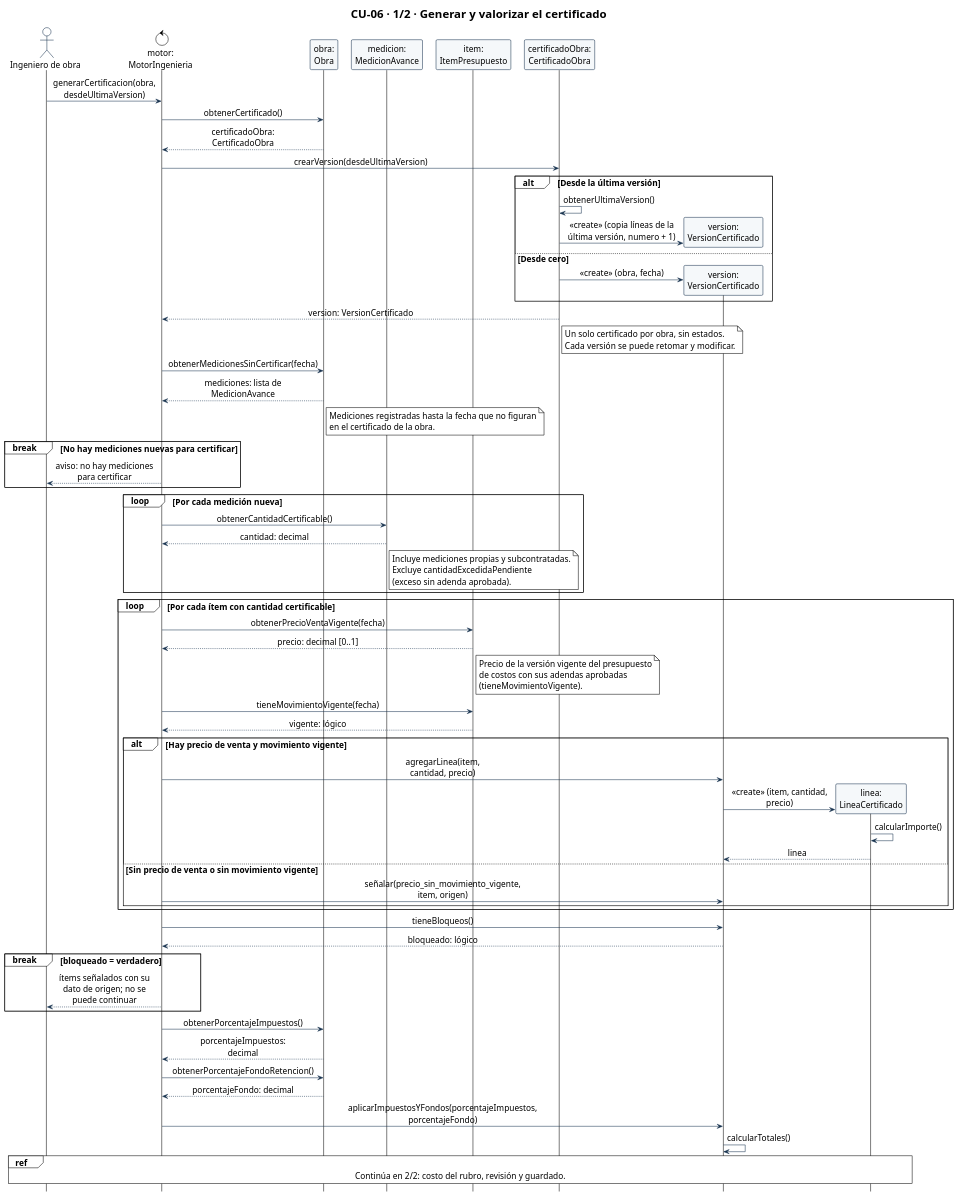
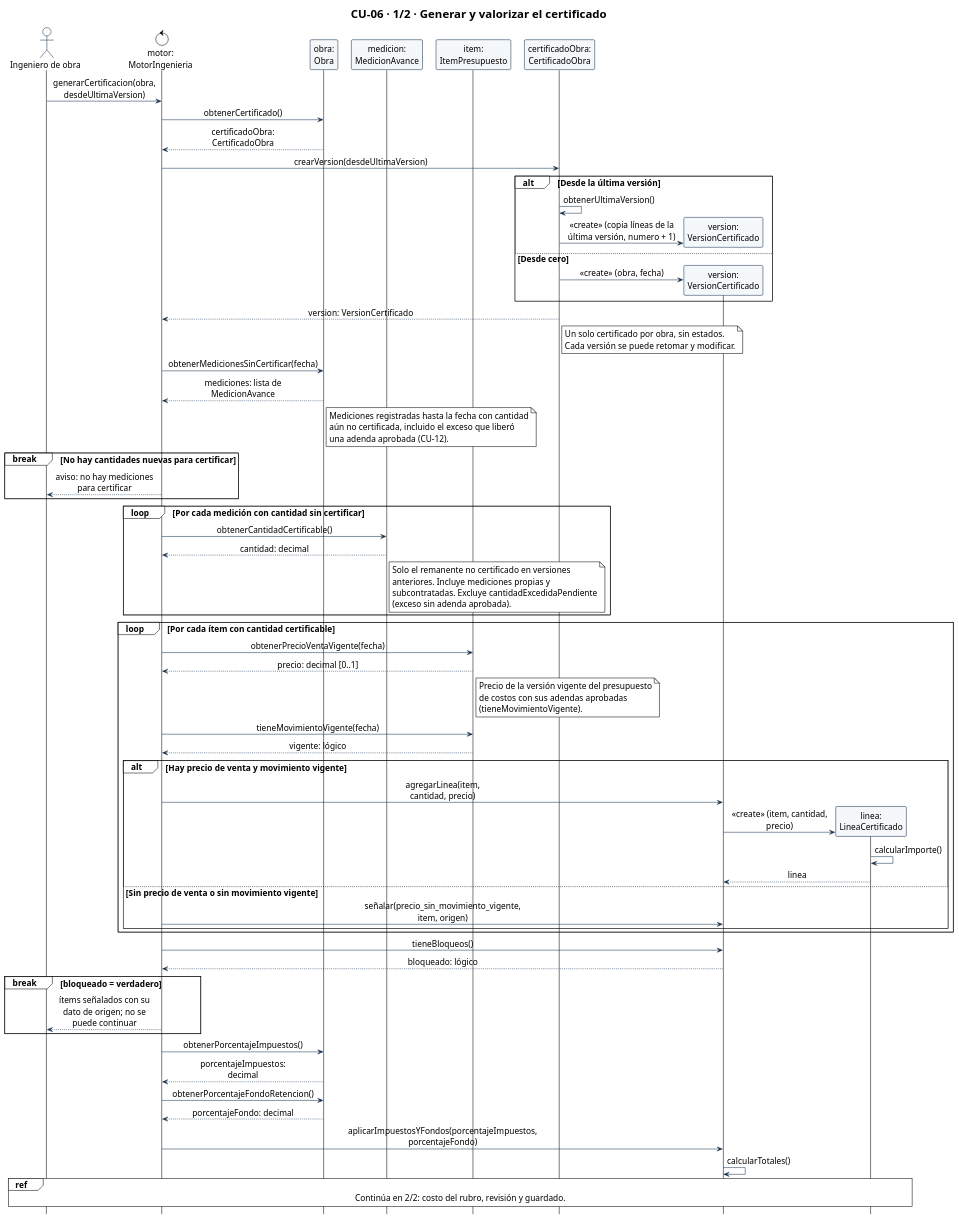
One commit to Ssrrb/tpf-uca changed the diagram in diagramas/CU-06-secuencia-1-certificacion.puml. Above: the diagram before and after it, drawn with PlantUML. The commit also changed 2 other files, not shown here.

Commit message:
Corrige la revisión: participantes implícitos y cantidades en CU-06/CU-12
- check_consistencia: un alias sin declarar en un mensaje es un
  participante implícito y cae en E1 (antes se ignoraba como actor).
- CU-12: el saldo de la adenda se descuenta tras cada liberación.
- CU-06: se certifican las mediciones con remanente sin certificar,
  incluido el exceso liberado por una adenda (CU-12).

Claude-Session: https://claude.ai/code/session_01VvrRWjoehNw7NRH2BQHzwt

```diff
--- a/diagramas/CU-06-secuencia-1-certificacion.puml
+++ b/diagramas/CU-06-secuencia-1-certificacion.puml
@@ -1,100 +1,102 @@
 @startuml
 !theme plain
 skinparam shadowing false
 skinparam defaultFontName Arial
 skinparam defaultFontSize 16
 skinparam sequenceMessageAlign center
 skinparam maxMessageSize 210
 skinparam ParticipantPadding 8
 skinparam ParticipantBackgroundColor #F5F8FA
 skinparam ParticipantBorderColor #17324D
 skinparam ActorBorderColor #17324D
 skinparam ArrowColor #17324D
 hide footbox
 title CU-06 · 1/2 · Generar y valorizar el certificado
 actor "Ingeniero de obra" as Ingeniero
 control "motor:\nMotorIngenieria" as Motor
 participant "obra:\nObra" as Obra
 participant "medicion:\nMedicionAvance" as Medicion
 participant "item:\nItemPresupuesto" as Item
 participant "certificadoObra:\nCertificadoObra" as CertObra
 participant "version:\nVersionCertificado" as Certificado
 participant "linea:\nLineaCertificado" as Linea
 
 Ingeniero -> Motor: generarCertificacion(obra, desdeUltimaVersion)
 Motor -> Obra: obtenerCertificado()
 Obra --> Motor: certificadoObra: CertificadoObra
 Motor -> CertObra: crearVersion(desdeUltimaVersion)
 alt Desde la última versión
   CertObra -> CertObra: obtenerUltimaVersion()
   create Certificado
   CertObra -> Certificado: «create» (copia líneas de la última versión, numero + 1)
 else Desde cero
   create Certificado
   CertObra -> Certificado: «create» (obra, fecha)
 end
 CertObra --> Motor: version: VersionCertificado
 note right of CertObra
   Un solo certificado por obra, sin estados.
   Cada versión se puede retomar y modificar.
 end note
 
 Motor -> Obra: obtenerMedicionesSinCertificar(fecha)
 Obra --> Motor: mediciones: lista de MedicionAvance
 note right of Obra
-  Mediciones registradas hasta la fecha que no figuran
-  en el certificado de la obra.
+  Mediciones registradas hasta la fecha con cantidad
+  aún no certificada, incluido el exceso que liberó
+  una adenda aprobada (CU-12).
 end note
 
-break No hay mediciones nuevas para certificar
+break No hay cantidades nuevas para certificar
   Motor --> Ingeniero: aviso: no hay mediciones para certificar
 end
 
-loop Por cada medición nueva
+loop Por cada medición con cantidad sin certificar
   Motor -> Medicion: obtenerCantidadCertificable()
   Medicion --> Motor: cantidad: decimal
   note right of Medicion
-    Incluye mediciones propias y subcontratadas.
-    Excluye cantidadExcedidaPendiente
+    Solo el remanente no certificado en versiones
+    anteriores. Incluye mediciones propias y
+    subcontratadas. Excluye cantidadExcedidaPendiente
     (exceso sin adenda aprobada).
   end note
 end
 
 loop Por cada ítem con cantidad certificable
   Motor -> Item: obtenerPrecioVentaVigente(fecha)
   Item --> Motor: precio: decimal [0..1]
   note right of Item
     Precio de la versión vigente del presupuesto
     de costos con sus adendas aprobadas
     (tieneMovimientoVigente).
   end note
   Motor -> Item: tieneMovimientoVigente(fecha)
   Item --> Motor: vigente: lógico
   alt Hay precio de venta y movimiento vigente
     Motor -> Certificado: agregarLinea(item, cantidad, precio)
     create Linea
     Certificado -> Linea: «create» (item, cantidad, precio)
     Linea -> Linea: calcularImporte()
     Linea --> Certificado: linea
   else Sin precio de venta o sin movimiento vigente
     Motor -> Certificado: señalar(precio_sin_movimiento_vigente, item, origen)
   end
 end
 
 Motor -> Certificado: tieneBloqueos()
 Certificado --> Motor: bloqueado: lógico
 break bloqueado = verdadero
   Motor --> Ingeniero: ítems señalados con su dato de origen; no se puede continuar
 end
 
 Motor -> Obra: obtenerPorcentajeImpuestos()
 Obra --> Motor: porcentajeImpuestos: decimal
 Motor -> Obra: obtenerPorcentajeFondoRetencion()
 Obra --> Motor: porcentajeFondo: decimal
 Motor -> Certificado: aplicarImpuestosYFondos(porcentajeImpuestos, porcentajeFondo)
 Certificado -> Certificado: calcularTotales()
 
 ref over Ingeniero, Linea
   Continúa en 2/2: costo del rubro, revisión y guardado.
 end ref
 @enduml
```
